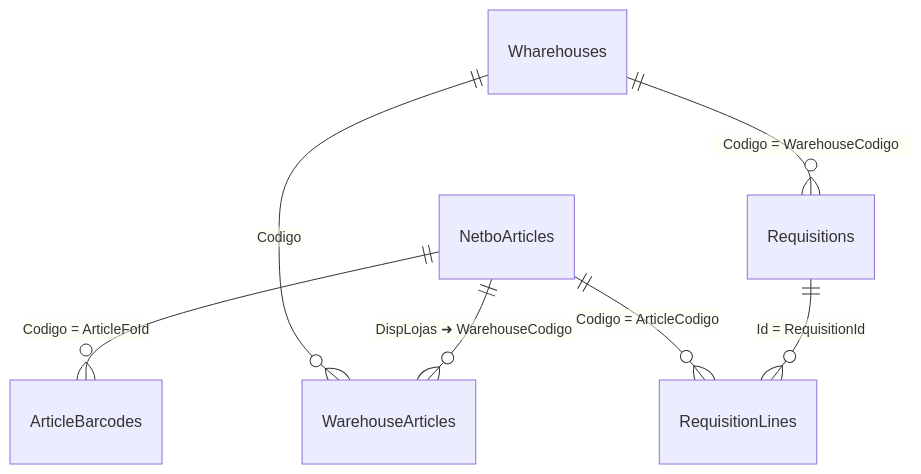
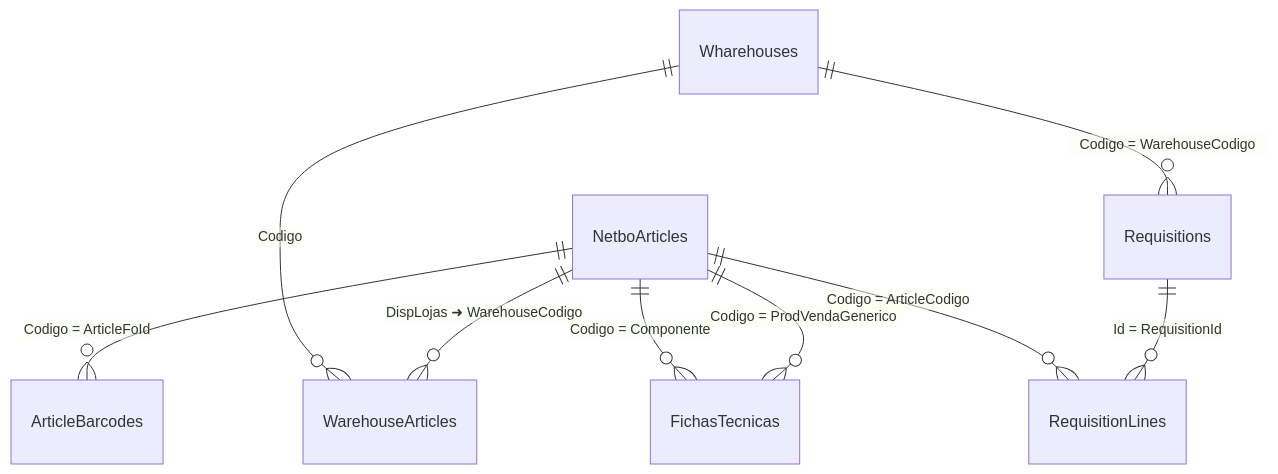
Before and after one commit to storesace-cv/bwb-freq: the diagram in docs/DATA_MODEL.md, drawn with Mermaid. The commit also changed other lines of this file and 10 other files, not shown here.

Commit message:
Add FichasTecnicas table and import workflow

````diff
--- a/docs/DATA_MODEL.md
+++ b/docs/DATA_MODEL.md
@@ -133,9 +145,11 @@
 ```mermaid
 erDiagram
     NetboArticles ||--o{ WarehouseArticles : "DispLojas ➜ WarehouseCodigo"
     Wharehouses ||--o{ WarehouseArticles : "Codigo"
     NetboArticles ||--o{ ArticleBarcodes : "Codigo = ArticleFoId"
+    NetboArticles ||--o{ FichasTecnicas : "Codigo = ProdVendaGenerico"
+    NetboArticles ||--o{ FichasTecnicas : "Codigo = Componente"
     Requisitions ||--o{ RequisitionLines : "Id = RequisitionId"
     NetboArticles ||--o{ RequisitionLines : "Codigo = ArticleCodigo"
     Wharehouses ||--o{ Requisitions : "Codigo = WarehouseCodigo"
 ```
````
